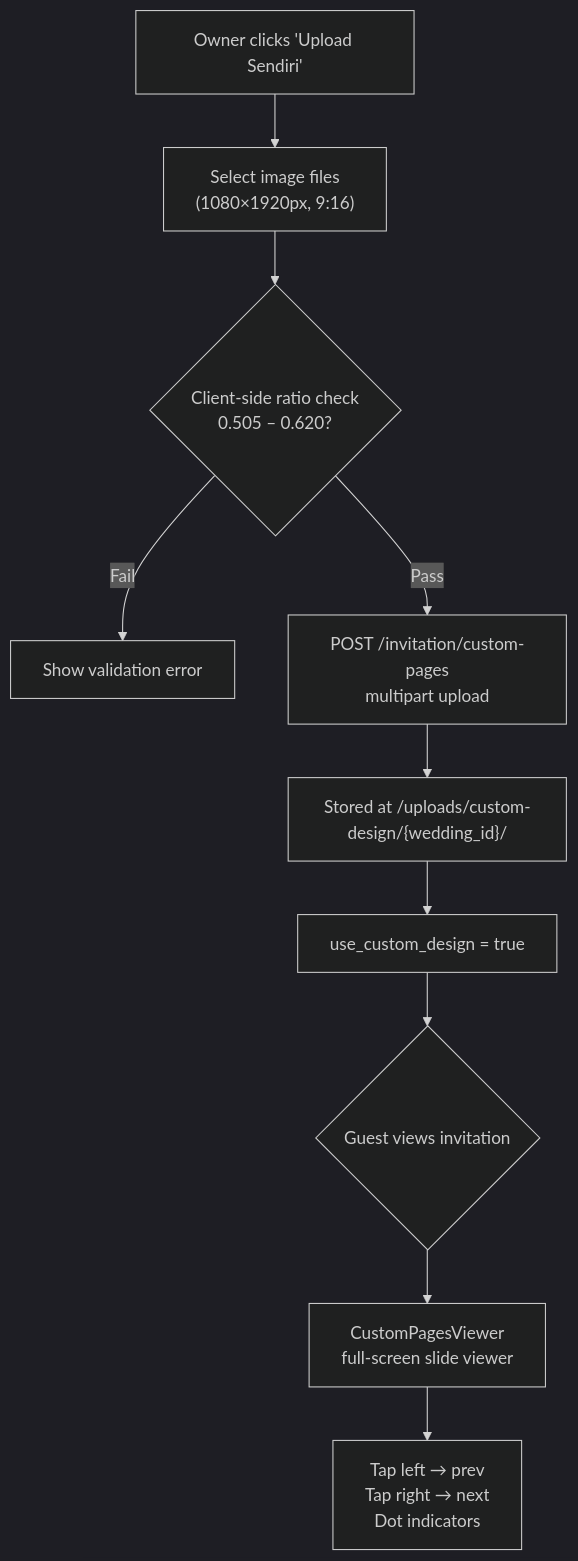
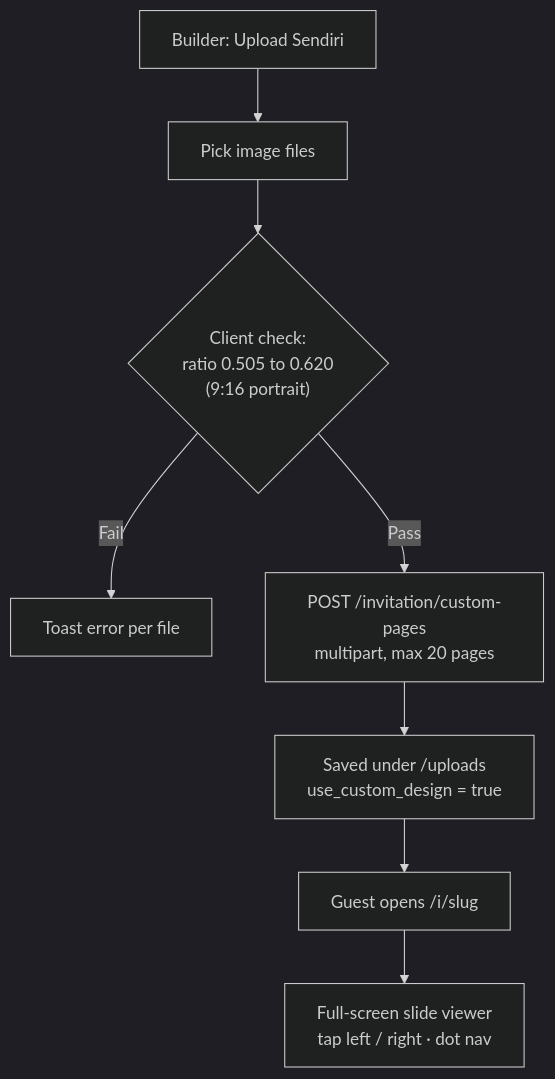
Before and after one commit to snsyaqirah/snsyaqirah.github.io: diagram 15 of 17 in portfolio-react/public/docs/planluhh.md, drawn with Mermaid (dark theme). The commit also changed other lines of this file and 101 other files, not shown here.

````diff
--- a/portfolio-react/public/docs/planluhh.md
+++ b/portfolio-react/public/docs/planluhh.md
@@ -581,12 +596,10 @@
 ```mermaid
 flowchart TD
-    A["Owner clicks 'Upload Sendiri'"] --> B["Select image files\n(1080×1920px, 9:16)"]
-    B --> C{Client-side ratio check\n0.505 – 0.620?}
-    C -->|Fail| D["Show validation error"]
-    C -->|Pass| E["POST /invitation/custom-pages\nmultipart upload"]
-    E --> F["Stored at /uploads/custom-design/{wedding_id}/"]
-    F --> G["use_custom_design = true"]
-    G --> H{Guest views invitation}
-    H --> I["CustomPagesViewer\nfull-screen slide viewer"]
-    I --> J["Tap left → prev\nTap right → next\nDot indicators"]
+    A["Builder: Upload Sendiri"] --> B[Pick image files]
+    B --> C{"Client check:<br/>ratio 0.505 to 0.620<br/>(9:16 portrait)"}
+    C -->|Fail| D[Toast error per file]
+    C -->|Pass| E["POST /invitation/custom-pages<br/>multipart, max 20 pages"]
+    E --> F["Saved under /uploads<br/>use_custom_design = true"]
+    F --> G[Guest opens /i/slug]
+    G --> H["Full-screen slide viewer<br/>tap left / right · dot nav"]
 ```
````
